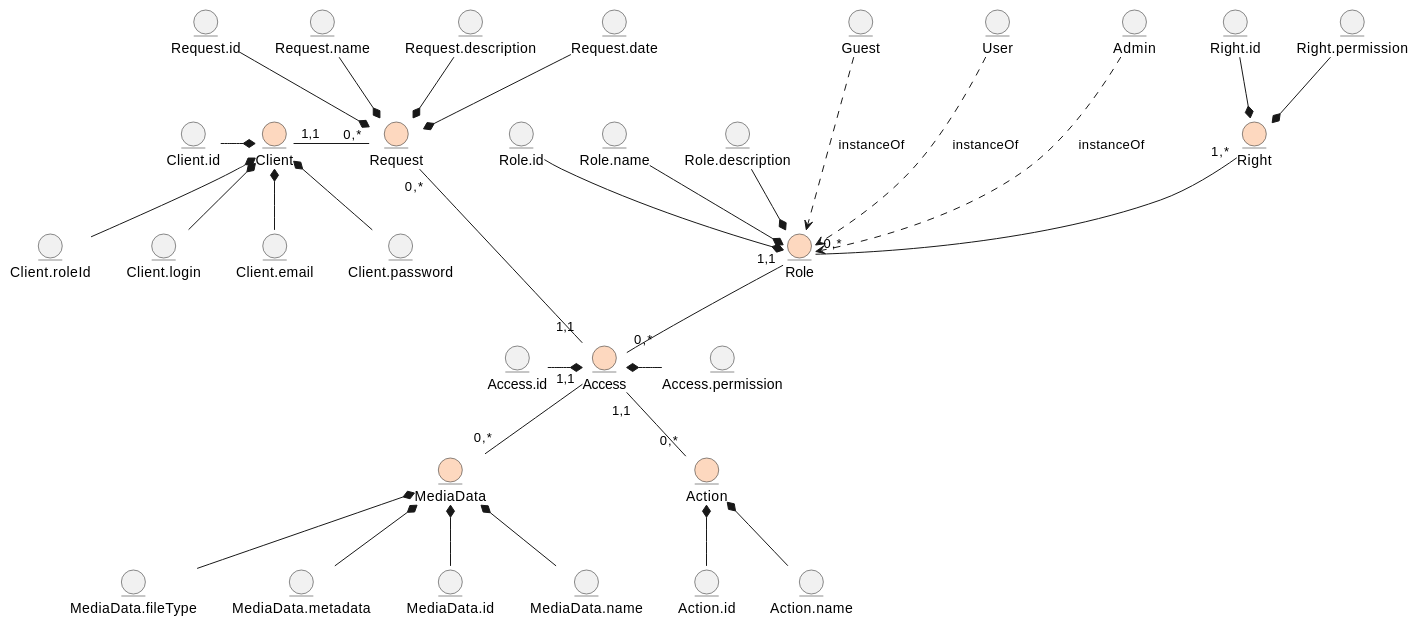
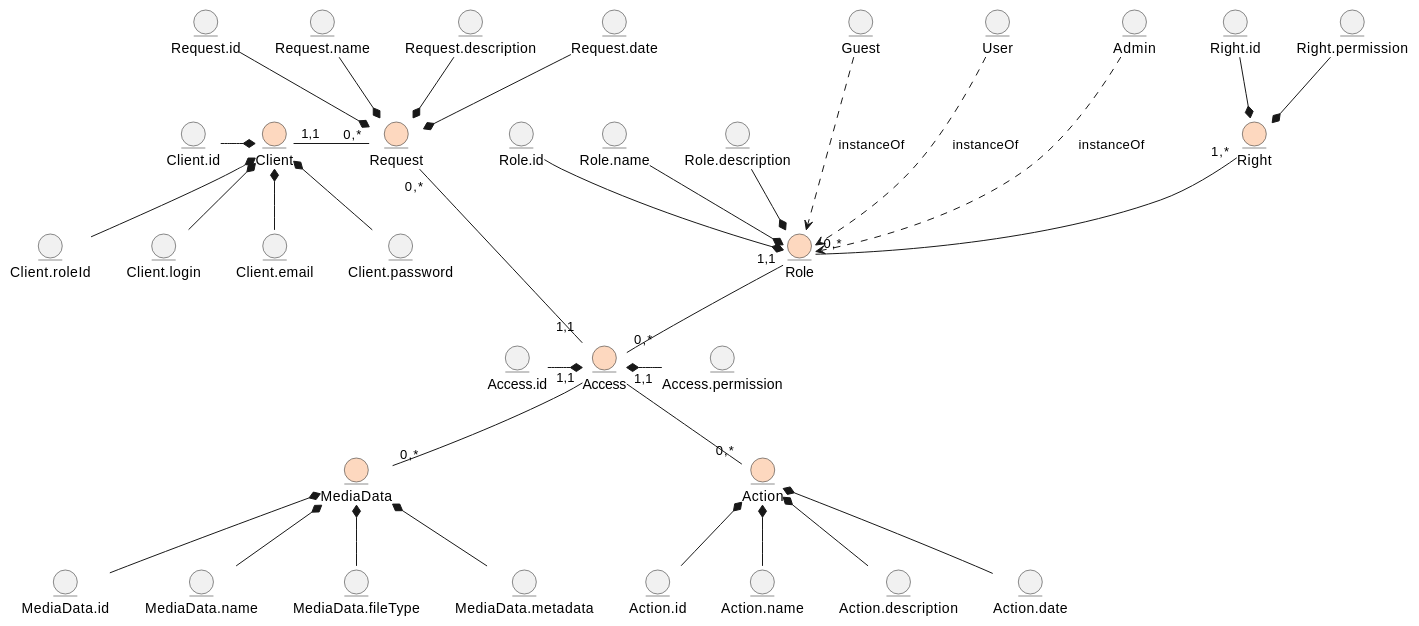
Before and after one commit to nonGratis/retarder-io-23-3: the first of 2 diagrams in docs/design/README.md, drawn with PlantUML.

Commit message:
update Action class in BO UML

```diff
--- a/docs/design/README.md
+++ b/docs/design/README.md
@@ -63,9 +63,13 @@
 entity Action #fdd8bf
   entity Action.id
   entity Action.name
+  entity Action.description
+  entity Action.date
 
   Action.id -u-* Action
   Action.name -u-* Action
+  Action.description -u-* Action
+  Action.date -u-* Action
 
 entity MediaData #fdd8bf
   entity MediaData.id
```
